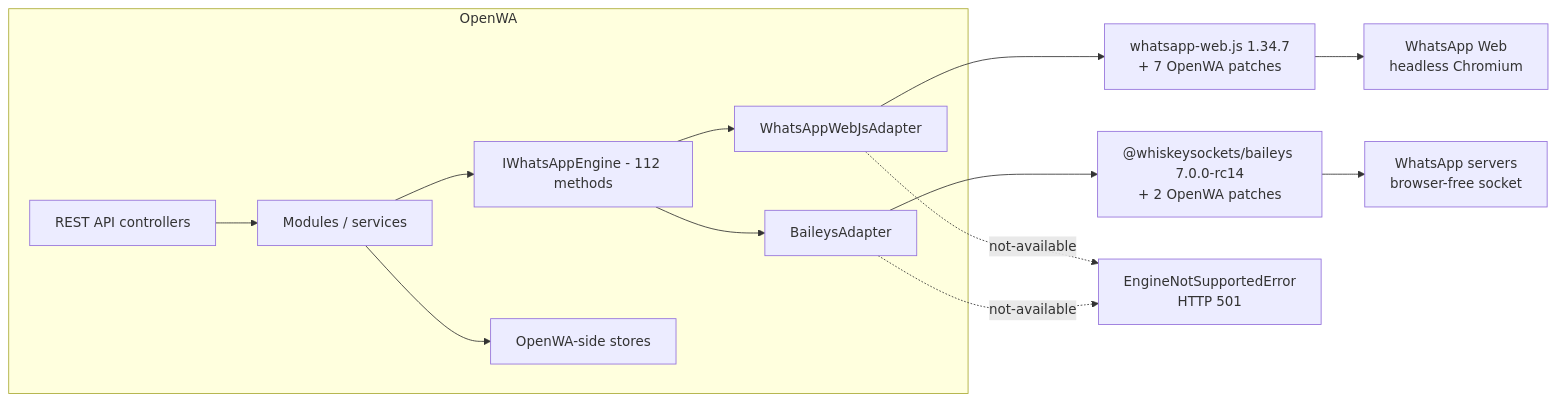
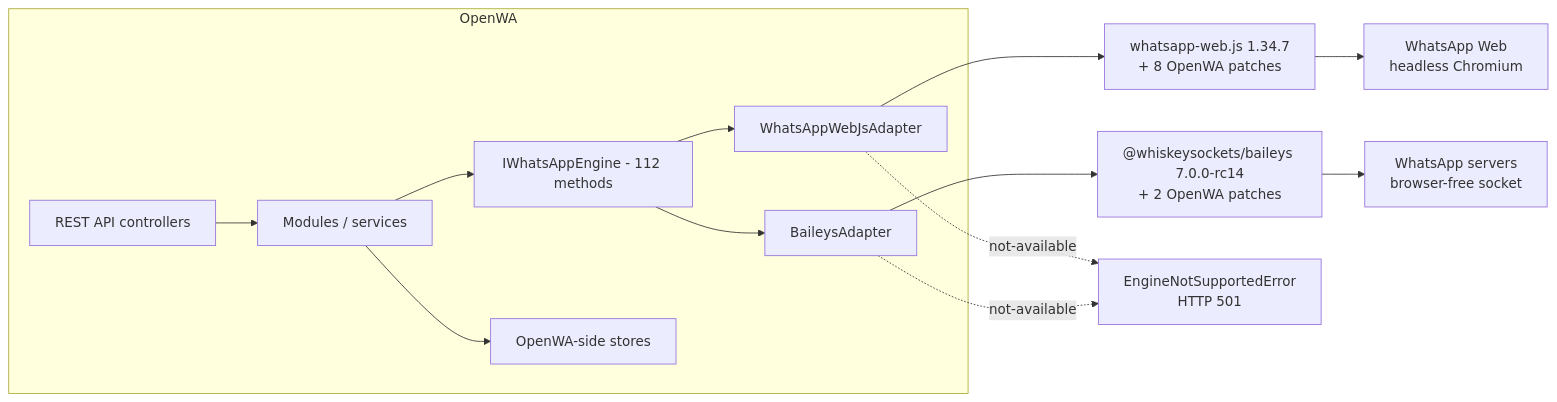
One commit to devmanny/OpenWA changed the first of 2 diagrams in docs/29-engine-capability-matrix.md. Above: the diagram before and after it, drawn with Mermaid. The commit also changed other lines of this file and 8 other files, not shown here.

````diff
--- a/docs/29-engine-capability-matrix.md
+++ b/docs/29-engine-capability-matrix.md
@@ -43,16 +43,16 @@
 ```mermaid
 flowchart LR
     subgraph OpenWA["OpenWA"]
         API["REST API controllers"] --> SVC["Modules / services"]
         SVC --> IF["IWhatsAppEngine - 112 methods"]
         IF --> WA["WhatsAppWebJsAdapter"]
         IF --> BA["BaileysAdapter"]
         SVC --> STORE["OpenWA-side stores"]
     end
-    WA --> WLIB["whatsapp-web.js 1.34.7<br/>+ 7 OpenWA patches"]
+    WA --> WLIB["whatsapp-web.js 1.34.7<br/>+ 8 OpenWA patches"]
     BA --> BLIB["@whiskeysockets/baileys 7.0.0-rc14<br/>+ 2 OpenWA patches"]
     WLIB --> WEB["WhatsApp Web<br/>headless Chromium"]
     BLIB --> WAS["WhatsApp servers<br/>browser-free socket"]
     WA -.->|"not-available"| E["EngineNotSupportedError<br/>HTTP 501"]
     BA -.->|"not-available"| E
 ```
````
